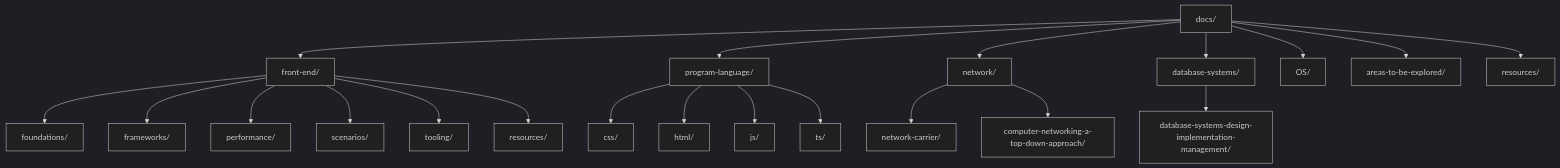
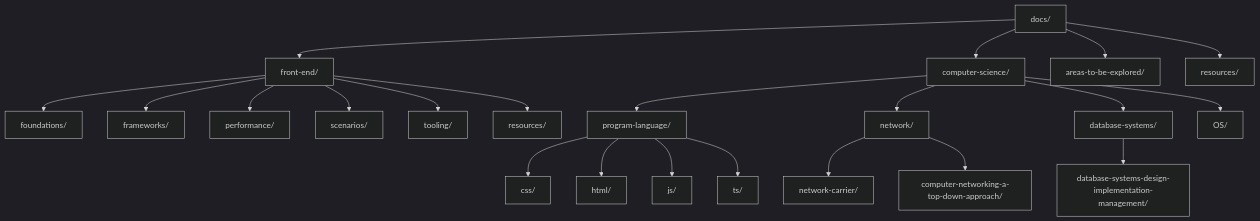
Before and after one commit to suneo02/tech-knowledge-base: the diagram in docs/README.md, drawn with Mermaid (dark theme). The commit also changed other lines of this file and 28 other files, not shown here.

````diff
--- a/docs/README.md
+++ b/docs/README.md
@@ -60,27 +55,29 @@
 ```mermaid
 graph TD
   ROOT[docs/] --> FE[front-end/]
-  ROOT --> PL[program-language/]
-  ROOT --> NET[network/]
-  ROOT --> DB[database-systems/]
-  ROOT --> OS[OS/]
+  ROOT --> CS[computer-science/]
   ROOT --> AE[areas-to-be-explored/]
   ROOT --> RES[resources/]
   
   FE --> FE_FOUND[foundations/]
   FE --> FE_FW[frameworks/]
   FE --> FE_PERF[performance/]
   FE --> FE_SCN[scenarios/]
   FE --> FE_TOOL[tooling/]
   FE --> FE_RES[resources/]
+  
+  CS --> PL[program-language/]
+  CS --> NET[network/]
+  CS --> DB[database-systems/]
+  CS --> OS[OS/]
   
   PL --> CSS[css/]
   PL --> HTML[html/]
   PL --> JS[js/]
   PL --> TS[ts/]
   
   NET --> NC[network-carrier/]
   NET --> BOOK[computer-networking-a-top-down-approach/]
   
   DB --> BOOKDB[database-systems-design-implementation-management/]
 ```
````
